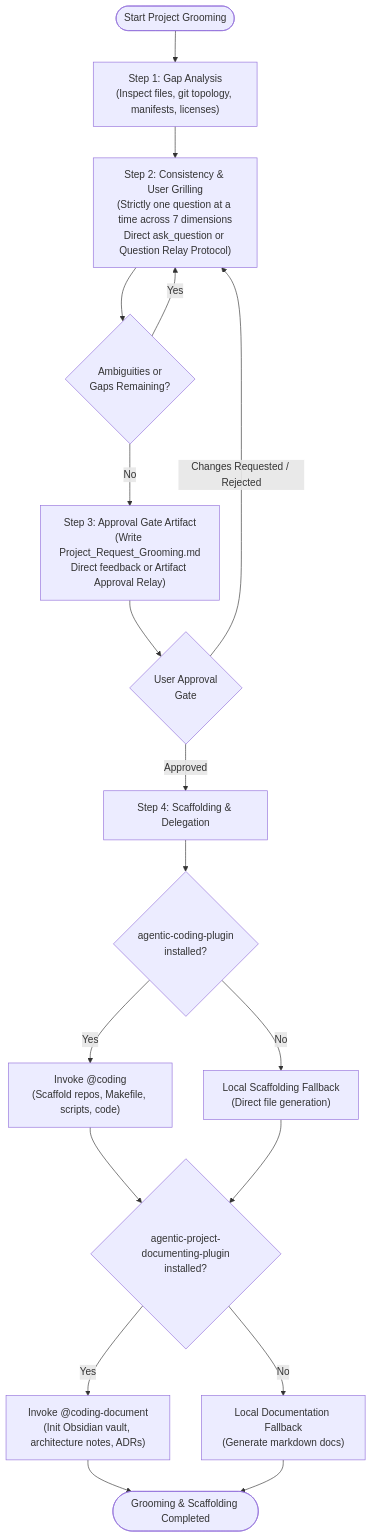
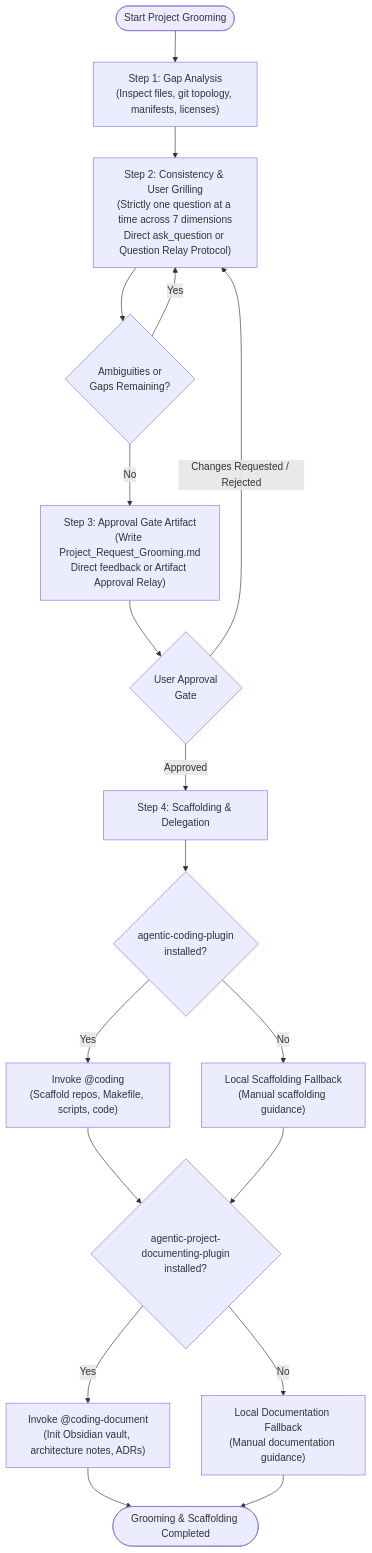
Before and after one commit to gpfister/agentic-project-grooming-plugin: the diagram in skills/project-grooming/SKILL.md, drawn with Mermaid. The commit also changed other lines of this file and 3 other files, not shown here.

Commit message:
feat(authority): enforce exclusive code-change authority and manual scaffolding fallback

````diff
--- a/skills/project-grooming/SKILL.md
+++ b/skills/project-grooming/SKILL.md
@@ -14,24 +14,24 @@
 ```mermaid
 flowchart TD
     Start(["Start Project Grooming"]) --> Step1["Step 1: Gap Analysis<br/>(Inspect files, git topology, manifests, licenses)"]
     Step1 --> Step2["Step 2: Consistency & User Grilling<br/>(Strictly one question at a time across 7 dimensions<br/>Direct ask_question or Question Relay Protocol)"]
     Step2 --> MoreQuestions{"Ambiguities or<br/>Gaps Remaining?"}
     MoreQuestions -->|"Yes"| Step2
     MoreQuestions -->|"No"| Step3["Step 3: Approval Gate Artifact<br/>(Write Project_Request_Grooming.md<br/>Direct feedback or Artifact Approval Relay)"]
     Step3 --> UserGate{"User Approval<br/>Gate"}
     UserGate -->|"Changes Requested / Rejected"| Step2
     UserGate -->|"Approved"| Step4["Step 4: Scaffolding & Delegation"]
     
     Step4 --> CodingCheck{"agentic-coding-plugin<br/>installed?"}
     CodingCheck -->|"Yes"| InvokeCoding["Invoke @coding<br/>(Scaffold repos, Makefile, scripts, code)"]
-    CodingCheck -->|"No"| FallbackCoding["Local Scaffolding Fallback<br/>(Direct file generation)"]
+    CodingCheck -->|"No"| FallbackCoding["Local Scaffolding Fallback<br/>(Manual scaffolding guidance)"]
     
     InvokeCoding --> DocCheck{"agentic-project-documenting-plugin<br/>installed?"}
     FallbackCoding --> DocCheck
     
     DocCheck -->|"Yes"| InvokeDoc["Invoke @coding-document<br/>(Init Obsidian vault, architecture notes, ADRs)"]
-    DocCheck -->|"No"| FallbackDoc["Local Documentation Fallback<br/>(Generate markdown docs)"]
+    DocCheck -->|"No"| FallbackDoc["Local Documentation Fallback<br/>(Manual documentation guidance)"]
     
     InvokeDoc --> Completed(["Grooming & Scaffolding Completed"])
     FallbackDoc --> Completed
 ```
````
